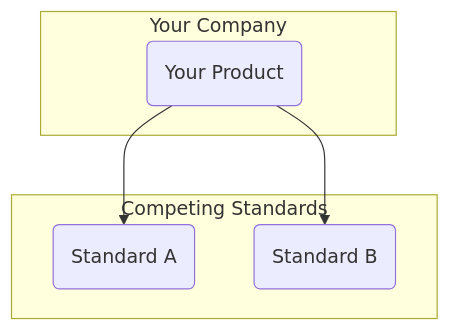
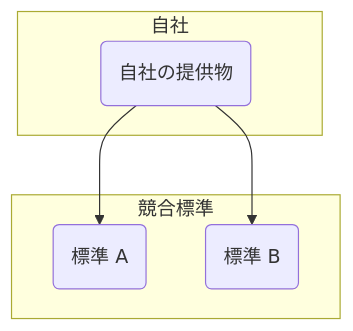
One commit to wardley-leadership-strategies-ja/wardley-leadership-strategies-ja.github.io changed the diagram in docs/strategies/attacking/playing-both-sides/index.md. Above: the diagram before and after it, drawn with Mermaid. The commit also changed other lines of this file and 4 other files, not shown here.

````diff
--- a/docs/strategies/attacking/playing-both-sides/index.md
+++ b/docs/strategies/attacking/playing-both-sides/index.md
@@ -67,12 +65,12 @@
 ```mermaid
 graph TD
-    subgraph Your Company
-        A(Your Product)
+    subgraph 自社
+        A(自社の提供物)
     end
-    subgraph Competing Standards
-        B(Standard A)
-        C(Standard B)
+    subgraph 競合標準
+        B(標準 A)
+        C(標準 B)
     end
     A --> B
     A --> C
 ```
````
